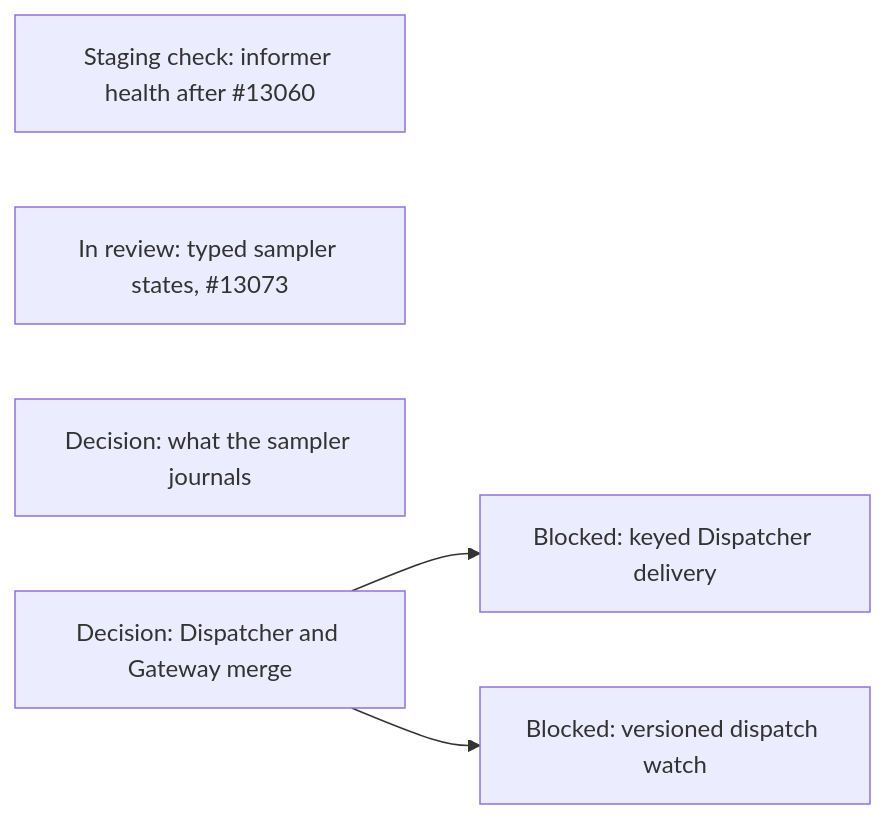
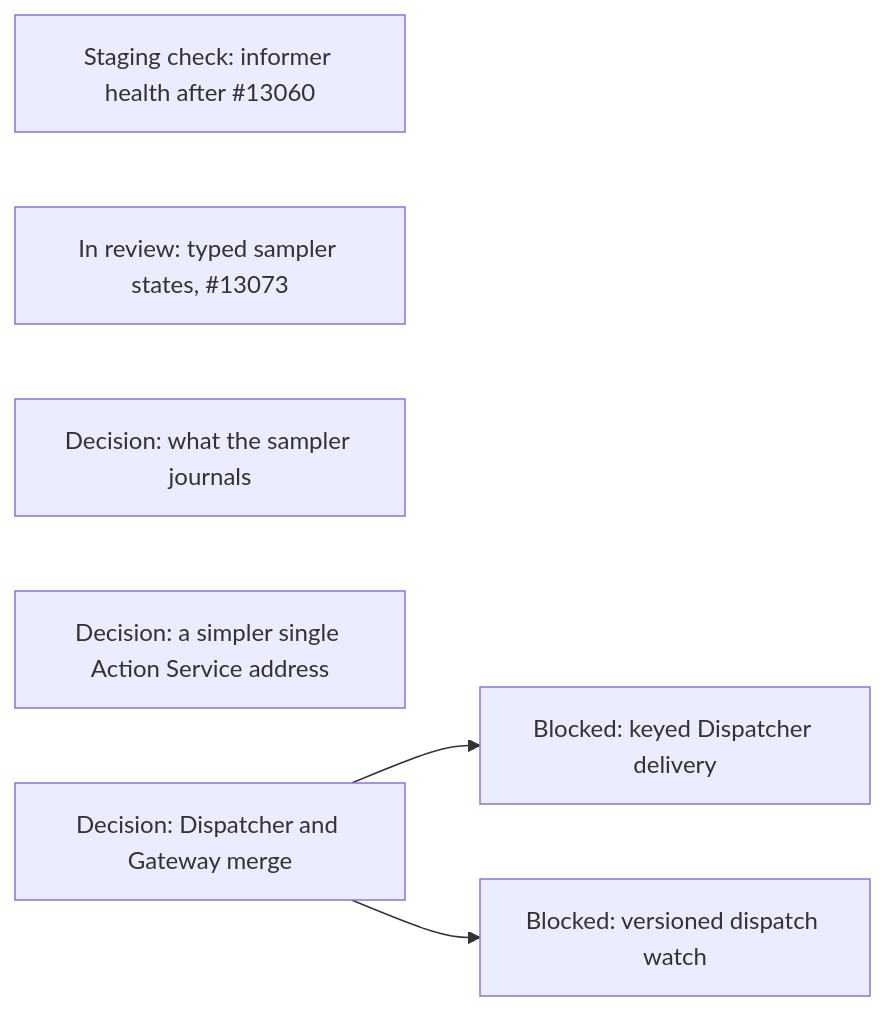
Diagram 18 of 18 in agentplane/plans/task_dag.md (agentydragon/ducktape), drawn with Mermaid before and after one commit. The commit also changed other lines of this file, not shown here.

First line of the commit message:
agentplane/plans: decide on a simpler single Action Service address (#13185)

````diff
--- a/agentplane/plans/task_dag.md
+++ b/agentplane/plans/task_dag.md
@@ -1869,8 +1869,9 @@
 ```mermaid
 flowchart LR
     KUBERNETES_NATIVE_WATCH_HEALTH[Staging check: informer health after #13060]
     SAMPLER_TYPED_STATE[In review: typed sampler states, #13073]
     SAMPLER_JOURNAL_DIET[Decision: what the sampler journals]
+    ACTION_SERVICE_PORT_SHARING[Decision: a simpler single Action Service address]
     DISPATCHER_PERSISTENCE_MODEL_DESIGN[Decision: Dispatcher and Gateway merge] --> DISPATCHER_KEYED_DELIVERY[Blocked: keyed Dispatcher delivery]
     DISPATCHER_PERSISTENCE_MODEL_DESIGN --> DISPATCHER_WATCH_VERSIONS[Blocked: versioned dispatch watch]
 ```
````
